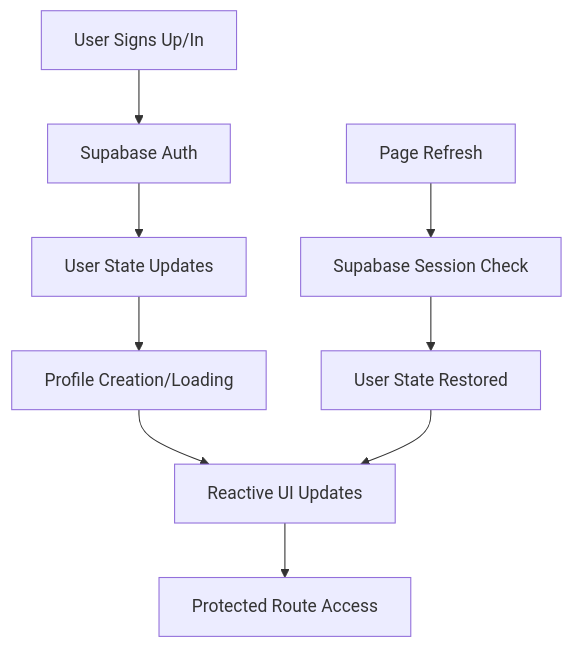
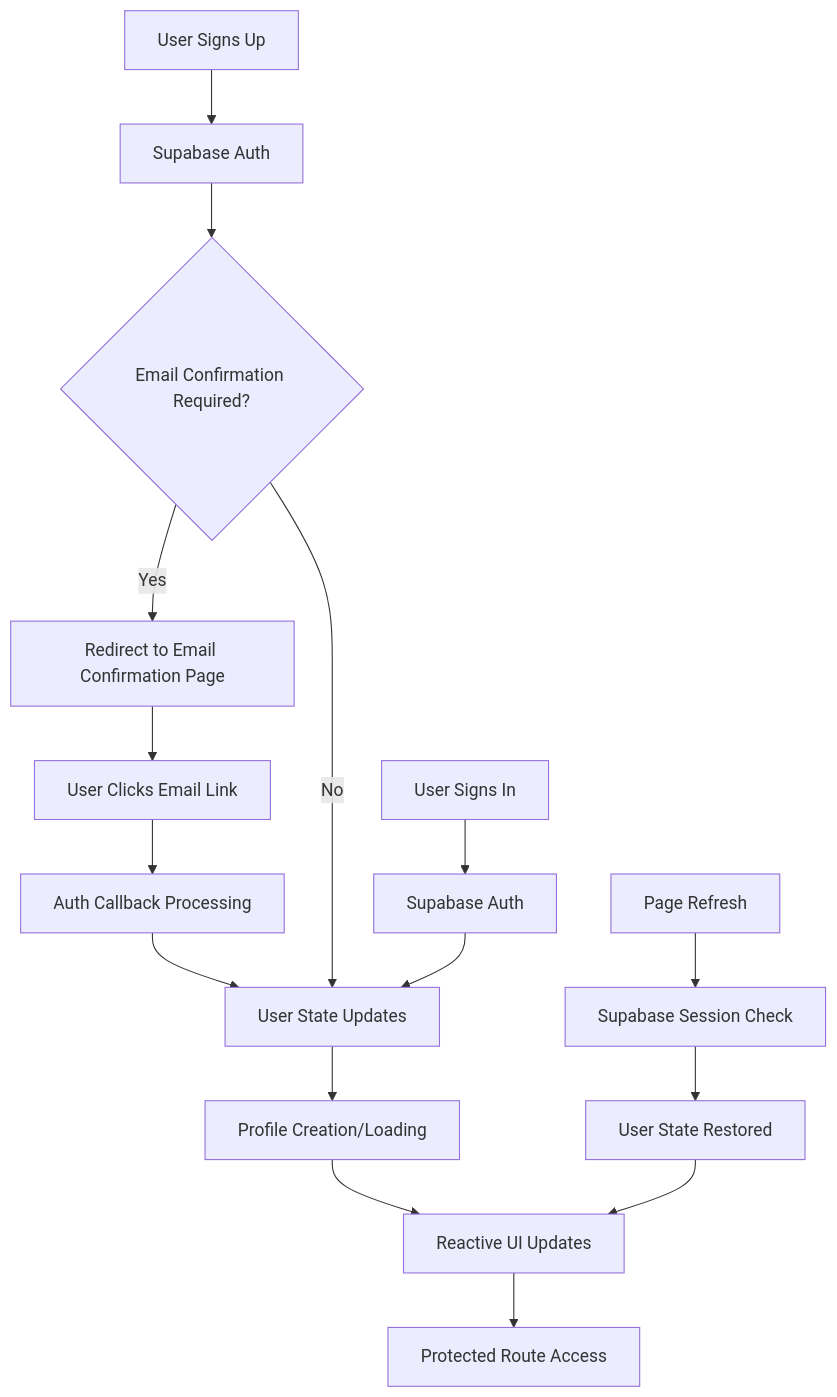
The diagram in docs/implementation/authentication-implementation.md (paulsanswrk/dashboard2), drawn with Mermaid before and after one commit. The commit also changed other lines of this file and 17 other files, not shown here.

````diff
--- a/docs/implementation/authentication-implementation.md
+++ b/docs/implementation/authentication-implementation.md
@@ -28,12 +30,21 @@
 ```mermaid
 graph TD
-    A[User Signs Up/In] --> B[Supabase Auth]
-    B --> C[User State Updates]
-    C --> D[Profile Creation/Loading]
-    D --> E[Reactive UI Updates]
-    E --> F[Protected Route Access]
+    A[User Signs Up] --> B[Supabase Auth]
+    B --> C{Email Confirmation Required?}
+    C -->|Yes| D[Redirect to Email Confirmation Page]
+    D --> E[User Clicks Email Link]
+    E --> F[Auth Callback Processing]
+    F --> G[User State Updates]
+    G --> H[Profile Creation/Loading]
+    H --> I[Reactive UI Updates]
+    I --> J[Protected Route Access]
     
-    G[Page Refresh] --> H[Supabase Session Check]
-    H --> I[User State Restored]
-    I --> E
+    C -->|No| G
+    
+    K[User Signs In] --> L[Supabase Auth]
+    L --> G
+    
+    M[Page Refresh] --> N[Supabase Session Check]
+    N --> O[User State Restored]
+    O --> I
 ```
````
